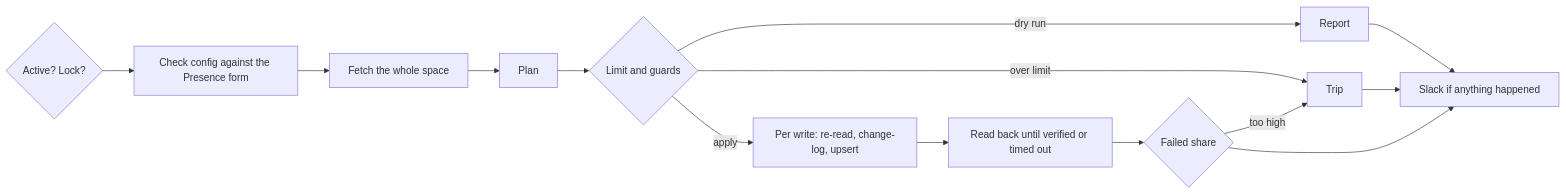
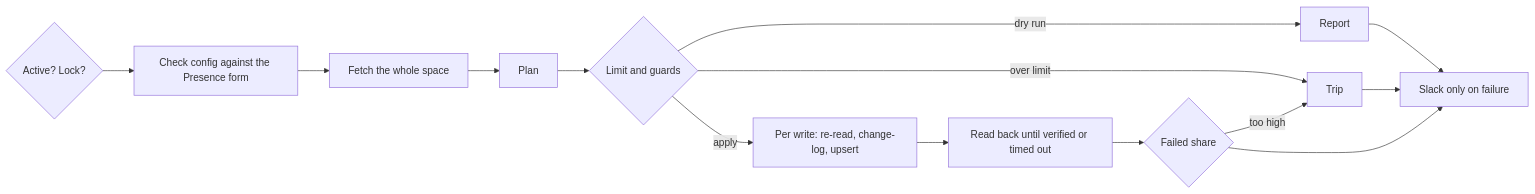
The diagram in docs/household-match/design.md (TrellisCommons/qomon-automations), drawn with Mermaid before and after one commit. The commit also changed other lines of this file and 3 other files, not shown here.

First line of the commit message:
feat(automations): post to Slack only on failure

````diff
--- a/docs/household-match/design.md
+++ b/docs/household-match/design.md
@@ -12,11 +12,11 @@
 ```mermaid
 flowchart LR
   G{Active? Lock?} --> C[Check config against the Presence form] --> F[Fetch the whole space] --> P[Plan] --> B{Limit and guards}
   B -- dry run --> R[Report]
   B -- over limit --> T[Trip]
   B -- apply --> A[Per write: re-read, change-log, upsert] --> V[Read back until verified or timed out] --> S{Failed share}
   S -- too high --> T
-  R --> N[Slack if anything happened]
+  R --> N[Slack only on failure]
   S --> N
   T --> N
 ```
````
